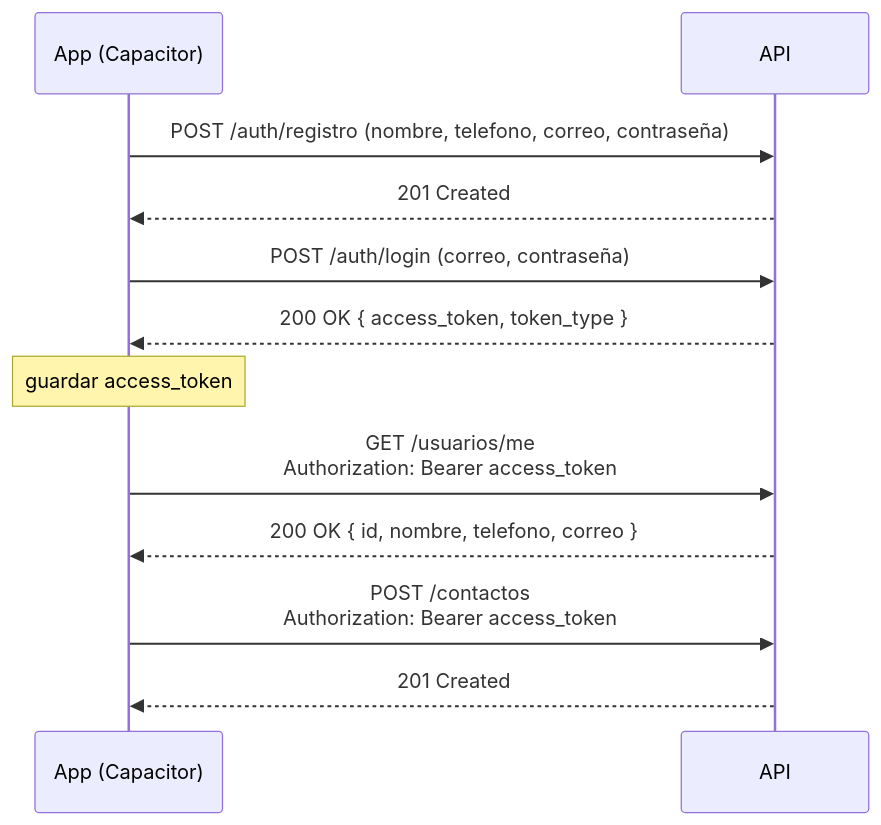
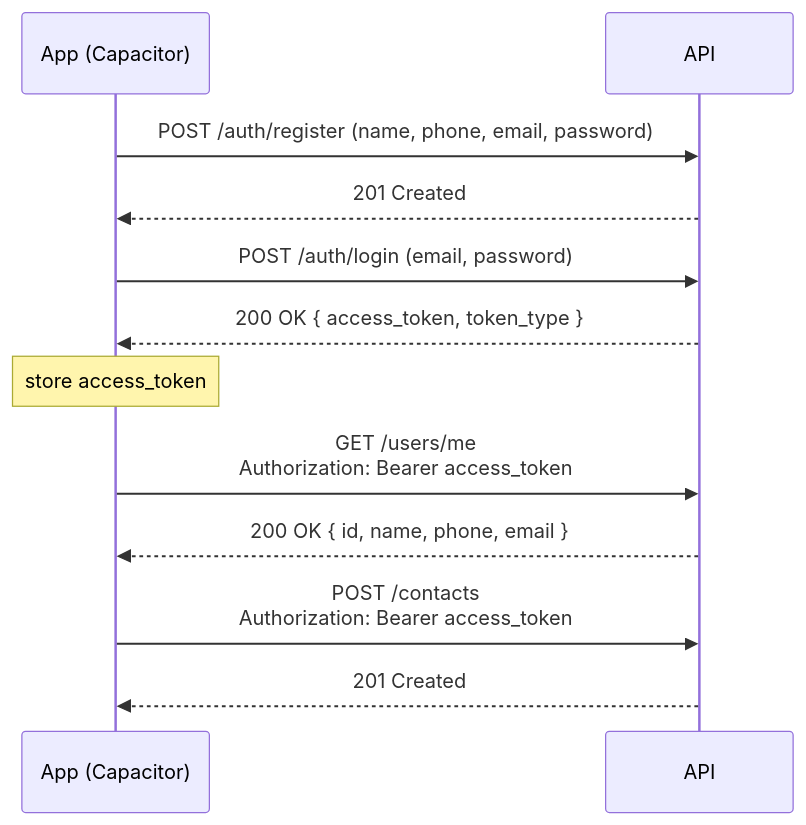
One commit to skellent/iOS-compiler changed the diagram in backend/API.md. Above: the diagram before and after it, drawn with Mermaid. The commit also changed other lines of this file and 45 other files, not shown here.

````diff
--- a/backend/API.md
+++ b/backend/API.md
@@ -13,18 +13,18 @@
 ```mermaid
 sequenceDiagram
     participant App as App (Capacitor)
     participant API
 
-    App->>API: POST /auth/registro (nombre, telefono, correo, contraseña)
+    App->>API: POST /auth/register (name, phone, email, password)
     API-->>App: 201 Created
 
-    App->>API: POST /auth/login (correo, contraseña)
+    App->>API: POST /auth/login (email, password)
     API-->>App: 200 OK { access_token, token_type }
-    Note over App: guardar access_token
+    Note over App: store access_token
 
-    App->>API: GET /usuarios/me<br/>Authorization: Bearer access_token
-    API-->>App: 200 OK { id, nombre, telefono, correo }
+    App->>API: GET /users/me<br/>Authorization: Bearer access_token
+    API-->>App: 200 OK { id, name, phone, email }
 
-    App->>API: POST /contactos<br/>Authorization: Bearer access_token
+    App->>API: POST /contacts<br/>Authorization: Bearer access_token
     API-->>App: 201 Created
 ```
````
